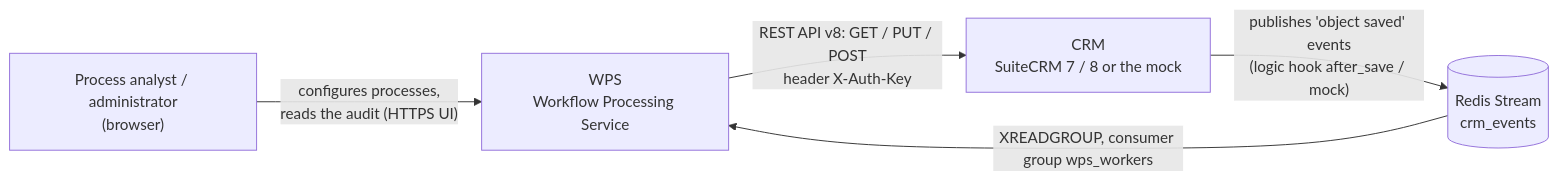
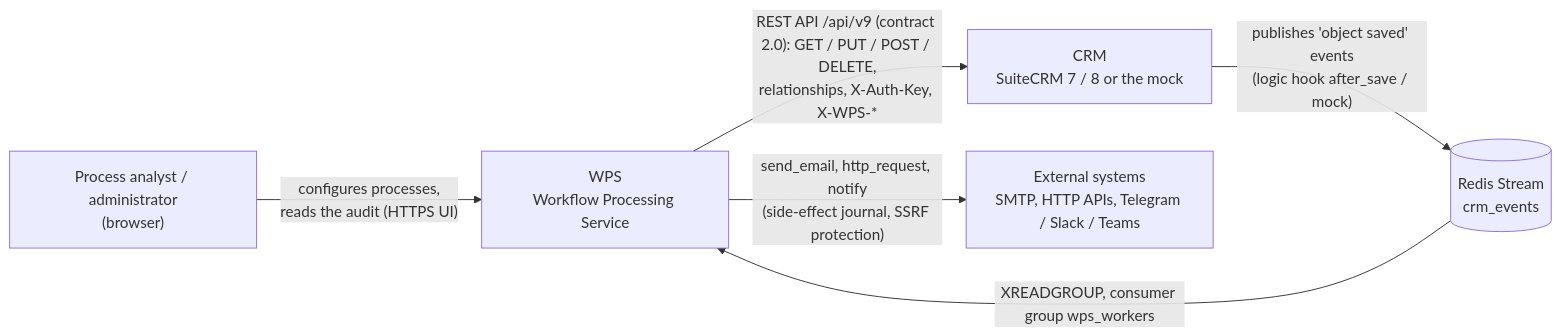
One commit to madarch-labs/Workflow-Processing-Service changed the first of 2 diagrams in doc/en/05-architecture/overview.md. Above: the diagram before and after it, drawn with Mermaid. The commit also changed other lines of this file and 470 other files, not shown here.

````diff
--- a/doc/en/05-architecture/overview.md
+++ b/doc/en/05-architecture/overview.md
@@ -11,12 +11,14 @@
 ```mermaid
 flowchart LR
     analyst["Process analyst / administrator<br/>(browser)"]
     crm["CRM<br/>SuiteCRM 7 / 8 or the mock"]
     bus[("Redis Stream<br/>crm_events")]
     wps["WPS<br/>Workflow Processing Service"]
 
     crm -- "publishes 'object saved' events<br/>(logic hook after_save / mock)" --> bus
     bus -- "XREADGROUP, consumer group wps_workers" --> wps
-    wps -- "REST API v8: GET / PUT / POST<br/>header X-Auth-Key" --> crm
+    wps -- "REST API /api/v9 (contract 2.0): GET / PUT / POST / DELETE,<br/>relationships, X-Auth-Key, X-WPS-*" --> crm
+    ext["External systems<br/>SMTP, HTTP APIs, Telegram / Slack / Teams"]
+    wps -- "send_email, http_request, notify<br/>(side-effect journal, SSRF protection)" --> ext
     analyst -- "configures processes,<br/>reads the audit (HTTPS UI)" --> wps
 ```
````
